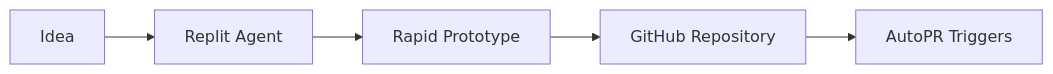
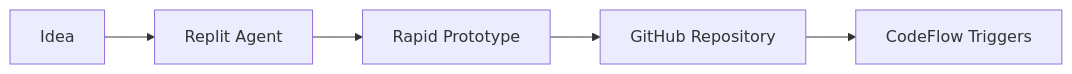
The first of 3 diagrams in docs/ai-bots-ecosystem/implementation-roadmap.md (JustAGhosT/codeflow-engine), drawn with Mermaid before and after one commit. The commit also changed other lines of this file and 421 other files, not shown here.

First line of the commit message:
chore: migrate AutoPR to CodeFlow branding

````diff
--- a/docs/ai-bots-ecosystem/implementation-roadmap.md
+++ b/docs/ai-bots-ecosystem/implementation-roadmap.md
@@ -111,7 +111,7 @@
 ```mermaid
 graph LR
     A[Idea] --> B[Replit Agent]
     B --> C[Rapid Prototype]
     C --> D[GitHub Repository]
-    D --> E[AutoPR Triggers]
+    D --> E[CodeFlow Triggers]
 ```
````
